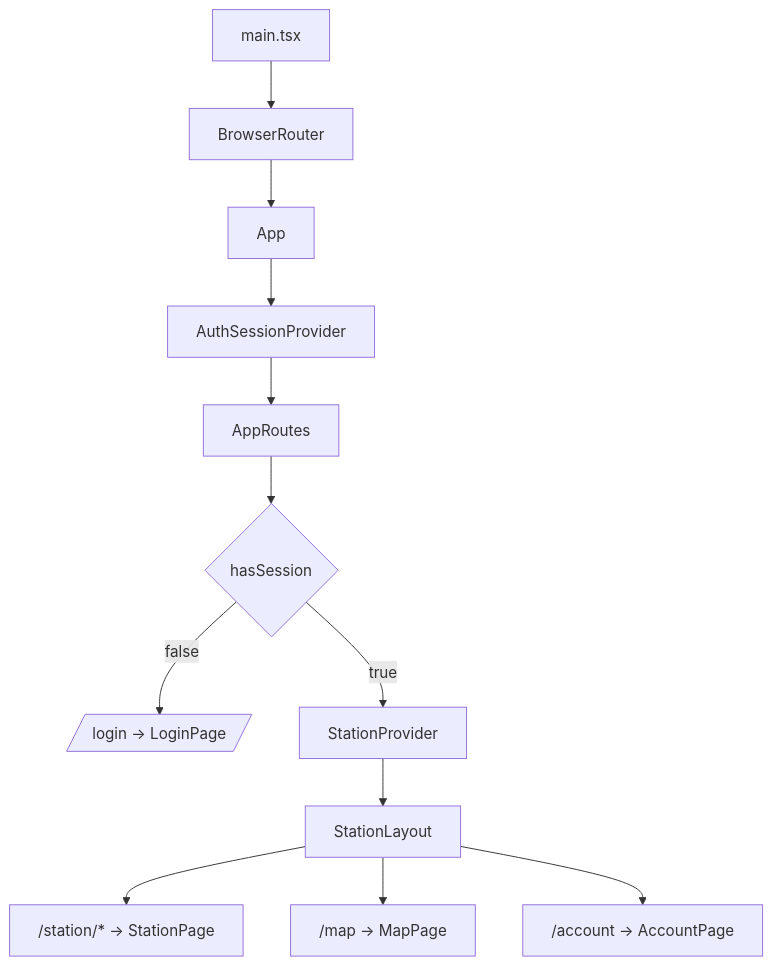
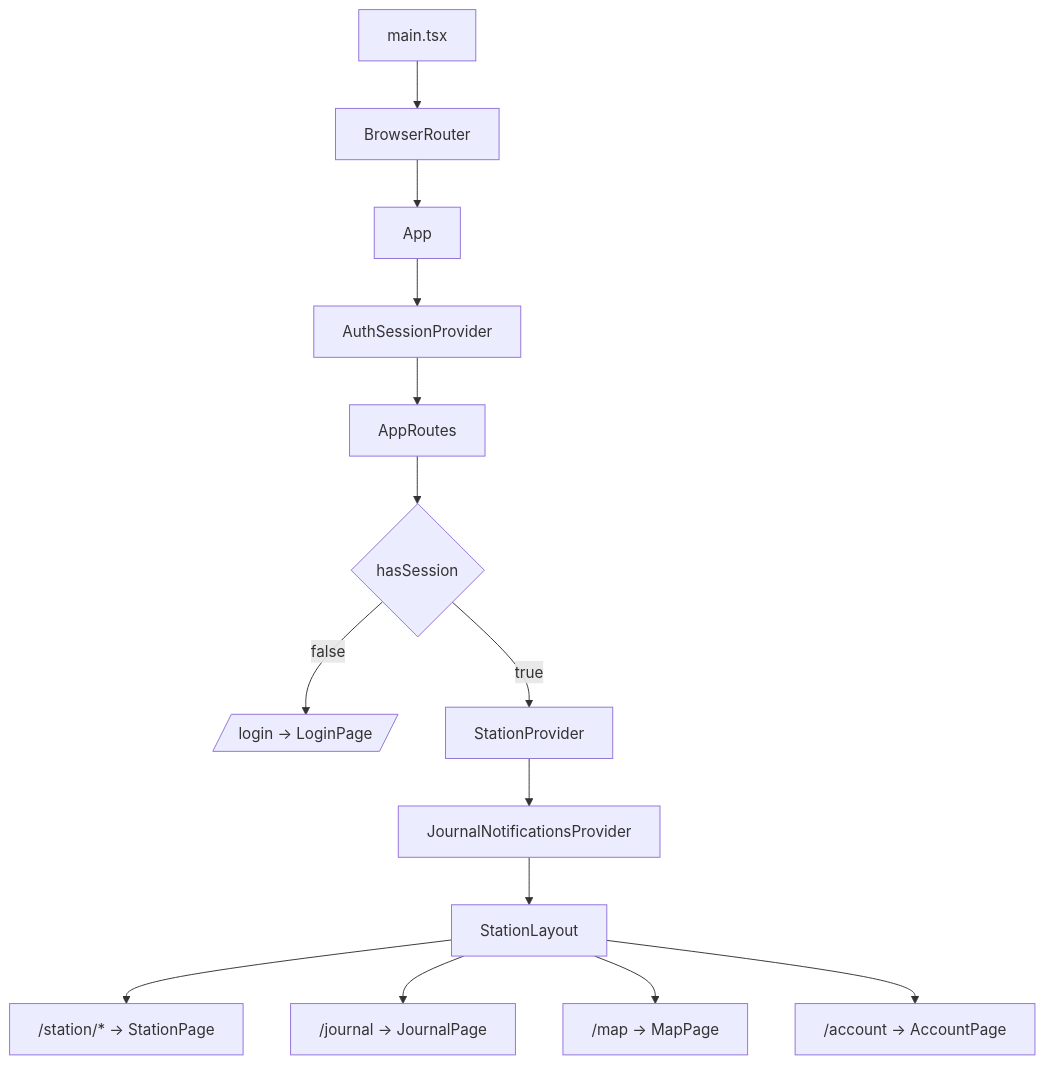
The first of 4 diagrams in docs/web_architecture.md (Tiitan/beltwork), drawn with Mermaid before and after one commit. The commit also changed other lines of this file and 33 other files, not shown here.

````diff
--- a/docs/web_architecture.md
+++ b/docs/web_architecture.md
@@ -82,15 +84,17 @@
 ```mermaid
 graph TD
     A[main.tsx] --> B[BrowserRouter]
     B --> C[App]
     C --> D[AuthSessionProvider]
     D --> E[AppRoutes]
 
     E --> F{hasSession}
     F -->|false| G[/login -> LoginPage/]
     F -->|true| H[StationProvider]
-    H --> I[StationLayout]
-    I --> J["/station/* -> StationPage"]
-    I --> K["/map -> MapPage"]
-    I --> L["/account -> AccountPage"]
+    H --> I[JournalNotificationsProvider]
+    I --> J[StationLayout]
+    J --> K["/station/* -> StationPage"]
+    J --> L["/journal -> JournalPage"]
+    J --> M["/map -> MapPage"]
+    J --> N["/account -> AccountPage"]
 ```
````
